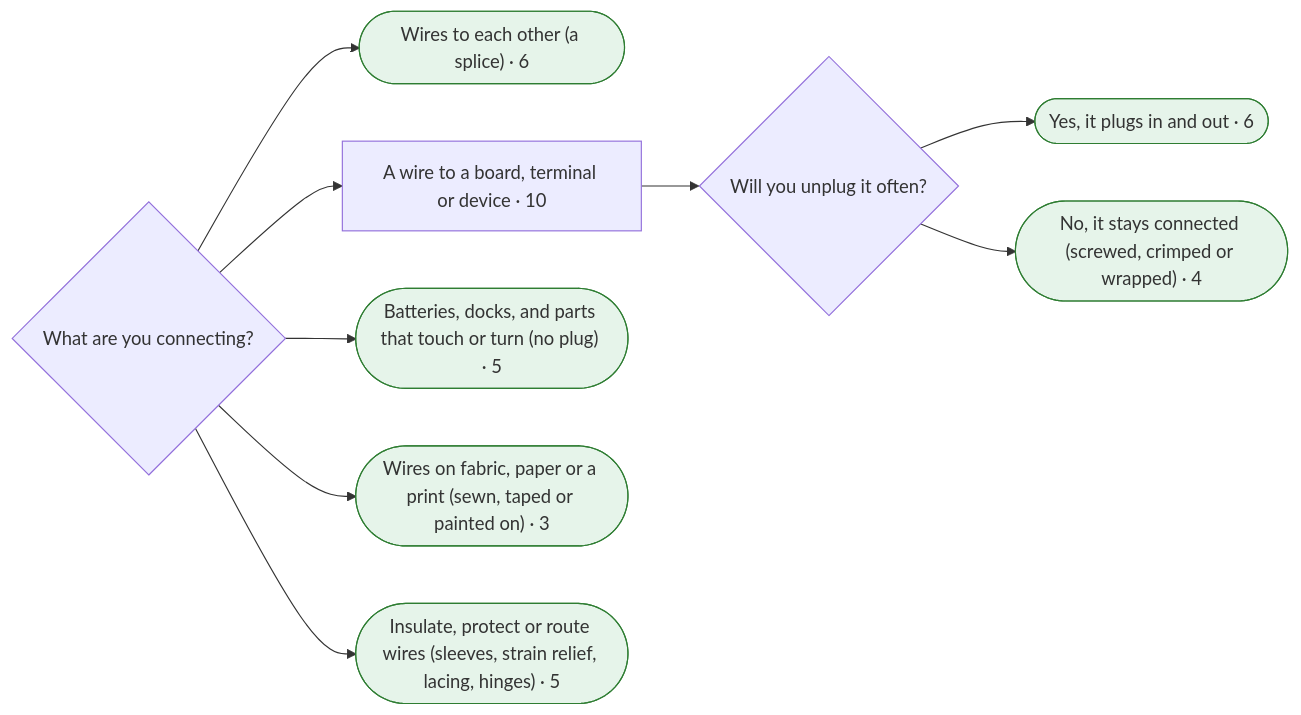
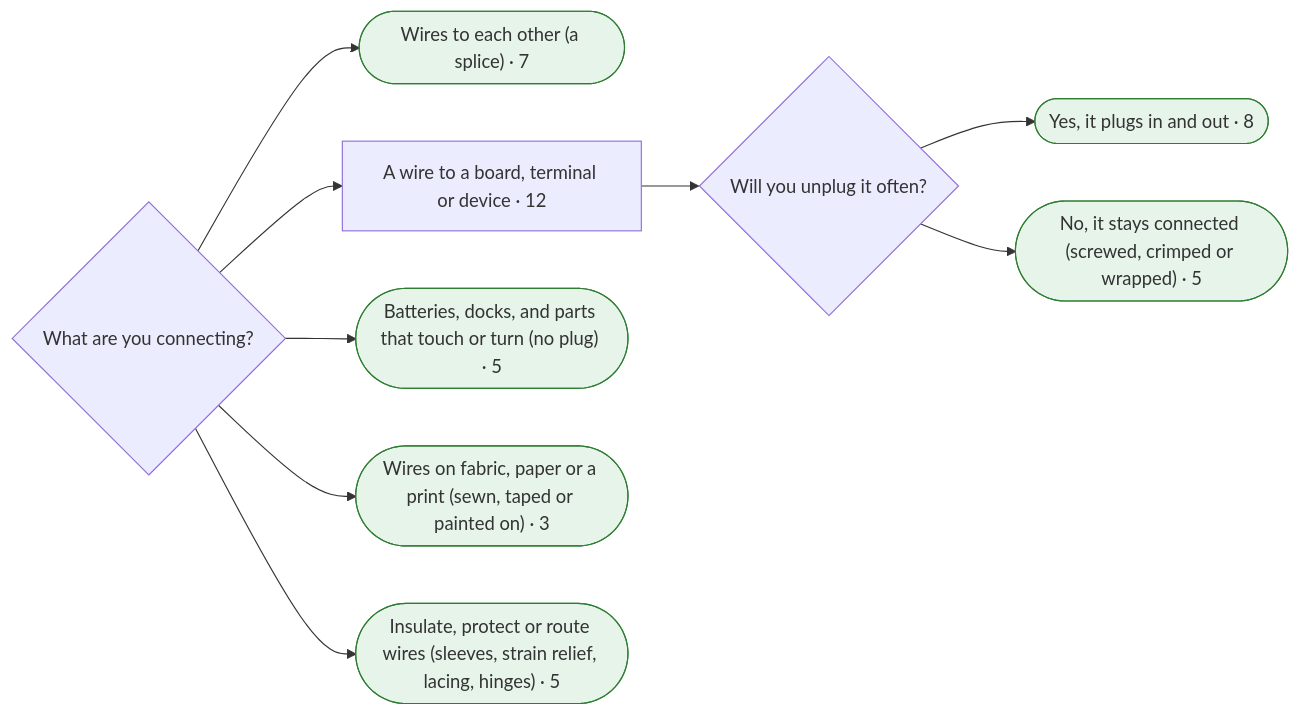
The third of 11 diagrams in research/finder-test/mermaid.md (smileymcfrown/EncyclopediaOfConnections), drawn with Mermaid before and after one commit. The commit also changed other lines of this file and 420 other files, not shown here.

````diff
--- a/research/finder-test/mermaid.md
+++ b/research/finder-test/mermaid.md
@@ -499,28 +502,28 @@
 ```mermaid
 flowchart LR
-  q184{"What are you connecting?"}
-  a185(["Wires to each other (a splice) · 6"])
-  q184 --> a185
-  class a185 leaf
-  a186["A wire to a board, terminal or device · 10"]
-  q184 --> a186
-  q187{"Will you unplug it often?"}
-  a186 --> q187
-  a188(["Yes, it plugs in and out · 6"])
-  q187 --> a188
-  class a188 leaf
-  a189(["No, it stays connected (screwed, crimped or wrapped) · 4"])
-  q187 --> a189
+  q185{"What are you connecting?"}
+  a186(["Wires to each other (a splice) · 7"])
+  q185 --> a186
+  class a186 leaf
+  a187["A wire to a board, terminal or device · 12"]
+  q185 --> a187
+  q188{"Will you unplug it often?"}
+  a187 --> q188
+  a189(["Yes, it plugs in and out · 8"])
+  q188 --> a189
   class a189 leaf
-  a190(["Batteries, docks, and parts that touch or turn (no plug) · 5"])
-  q184 --> a190
+  a190(["No, it stays connected (screwed, crimped or wrapped) · 5"])
+  q188 --> a190
   class a190 leaf
-  a191(["Wires on fabric, paper or a print (sewn, taped or painted on) · 3"])
-  q184 --> a191
+  a191(["Batteries, docks, and parts that touch or turn (no plug) · 5"])
+  q185 --> a191
   class a191 leaf
-  a192(["Insulate, protect or route wires (sleeves, strain relief, lacing, hinges) · 5"])
-  q184 --> a192
+  a192(["Wires on fabric, paper or a print (sewn, taped or painted on) · 3"])
+  q185 --> a192
   class a192 leaf
+  a193(["Insulate, protect or route wires (sleeves, strain relief, lacing, hinges) · 5"])
+  q185 --> a193
+  class a193 leaf
   classDef leaf fill:#e6f4ea,stroke:#2e7d32
   classDef more fill:#fff4e5,stroke:#b26a00
 ```
````
